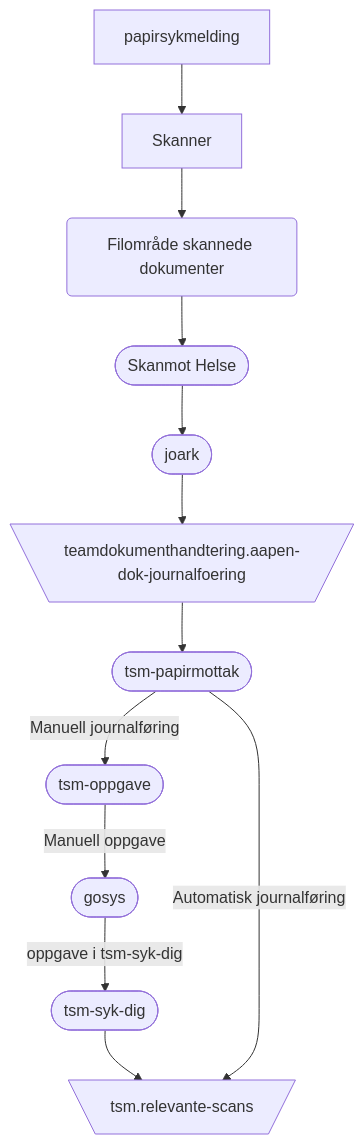
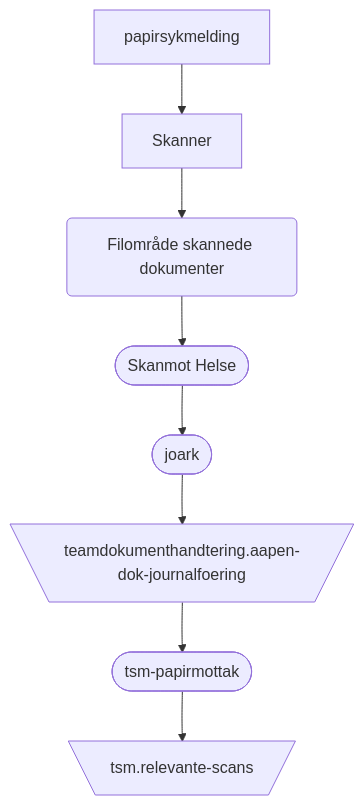
One commit to navikt/tsm-papirmottak changed the diagram in README.md. Above: the diagram before and after it, drawn with Mermaid.

Commit message:
chore: fix flow

````diff
--- a/README.md
+++ b/README.md
@@ -7,14 +7,10 @@
 ```mermaid
   graph TD
     papirsykmelding --> Skanner
     Skanner --> id1(Filområde skannede dokumenter)
     id1(Filområde skannede dokumenter) --> id2([Skanmot Helse])
     id2([Skanmot Helse]) --> id3([joark])
     id3([joark]) --> A[\teamdokumenthandtering.aapen-dok-journalfoering/]
     A[\teamdokumenthandtering.aapen-dok-journalfoering/] --> id4([tsm-papirmottak])
-    id4([tsm-papirmottak])-->|Manuell journalføring| id5([tsm-oppgave])
-    id5([tsm-oppgave]) -->|Manuell oppgave| id6([gosys])
-    id6([gosys]) -->|oppgave i tsm-syk-dig| id7([tsm-syk-dig])
-    id7([tsm-syk-dig]) --> C[\tsm.relevante-scans/]
-    id4([tsm-papirmottak]) -->|Automatisk journalføring| C[\tsm.relevante-scans/]
+    id4([tsm-papirmottak]) --> C[\tsm.relevante-scans/]
 ```
````
